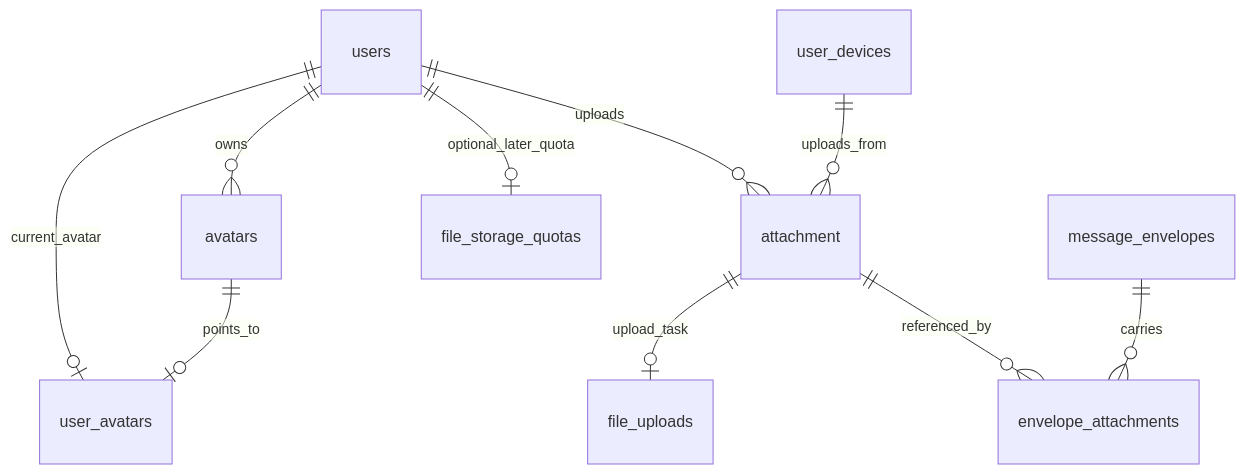
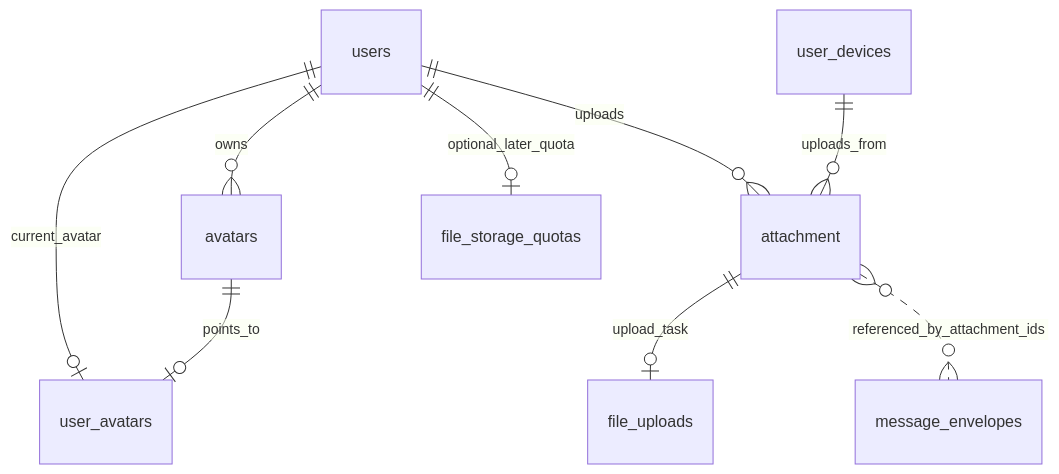
Before and after one commit to RestartfromNew/cpp_backend_server: the diagram in docs/file-storage/schema.md, drawn with Mermaid. The commit also changed other lines of this file and 29 other files, not shown here.

````diff
--- a/docs/file-storage/schema.md
+++ b/docs/file-storage/schema.md
@@ -9,12 +9,11 @@
 ```mermaid
 erDiagram
     users ||--o{ avatars : owns
     users ||--o| user_avatars : current_avatar
     avatars ||--o| user_avatars : points_to
     users ||--o{ attachment : uploads
     user_devices ||--o{ attachment : uploads_from
     users ||--o| file_storage_quotas : optional_later_quota
     attachment ||--o| file_uploads : upload_task
-    attachment ||--o{ envelope_attachments : referenced_by
-    message_envelopes ||--o{ envelope_attachments : carries
+    attachment }o..o{ message_envelopes : referenced_by_attachment_ids
 ```
````
